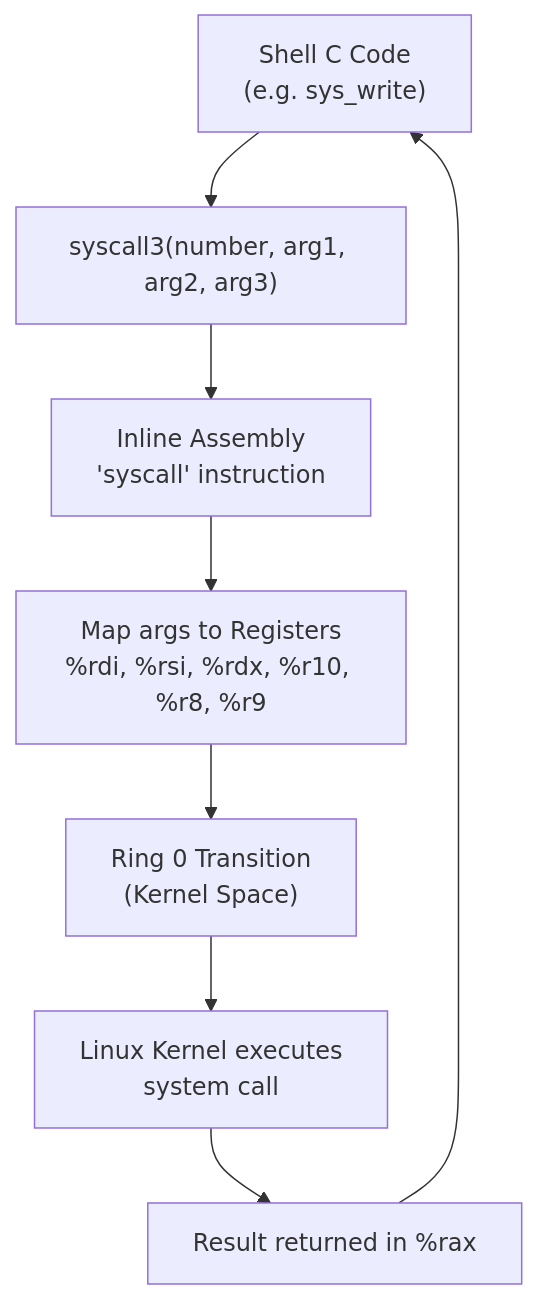
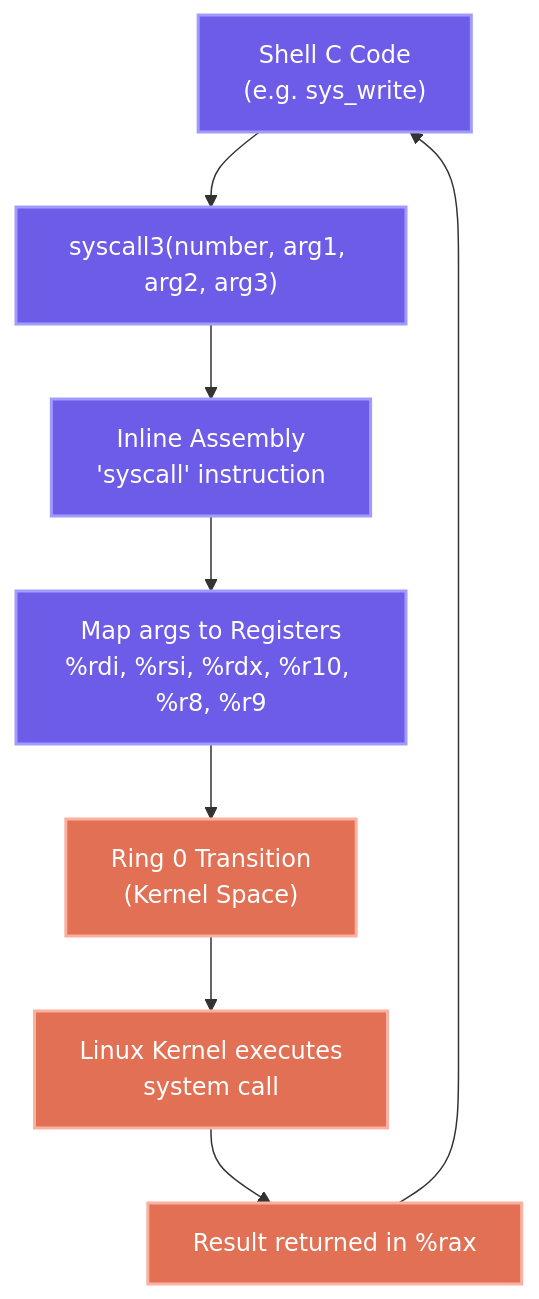
Before and after one commit to Rohitbansaldeveloper/Linux-POSIX-Shell-Implementation-Using-System-Calls-in-C: the second of 9 diagrams in README.md, drawn with Mermaid. The commit also changed other lines of this file, not shown here.

Commit message:
docs: improve flow diagrams with colors and formatting

````diff
--- a/README.md
+++ b/README.md
@@ -56,10 +61,13 @@
-  ```mermaid
-  flowchart TD
-      UserCode["Shell C Code<br>(e.g. sys_write)"] --> SyscallFunc["syscall3(number, arg1, arg2, arg3)"]
-      SyscallFunc --> Assembly["Inline Assembly<br>'syscall' instruction"]
-      Assembly --> RegisterMap["Map args to Registers<br>%rdi, %rsi, %rdx, %r10, %r8, %r9"]
-      RegisterMap --> KernelTrap["Ring 0 Transition<br>(Kernel Space)"]
-      KernelTrap --> KernelExecute["Linux Kernel executes<br>system call"]
-      KernelExecute --> ReturnRegister["Result returned in %rax"]
-      ReturnRegister --> UserCode
-  ```
+```mermaid
+flowchart TD
+    classDef code fill:#6c5ce7,stroke:#a29bfe,stroke-width:2px,color:#fff;
+    classDef kernel fill:#e17055,stroke:#fab1a0,stroke-width:2px,color:#fff;
+
+    UserCode["Shell C Code<br/>(e.g. sys_write)"]:::code --> SyscallFunc["syscall3(number, arg1, arg2, arg3)"]:::code
+    SyscallFunc --> Assembly["Inline Assembly<br/>'syscall' instruction"]:::code
+    Assembly --> RegisterMap["Map args to Registers<br/>%rdi, %rsi, %rdx, %r10, %r8, %r9"]:::code
+    RegisterMap --> KernelTrap["Ring 0 Transition<br/>(Kernel Space)"]:::kernel
+    KernelTrap --> KernelExecute["Linux Kernel executes<br/>system call"]:::kernel
+    KernelExecute --> ReturnRegister["Result returned in %rax"]:::kernel
+    ReturnRegister --> UserCode
+```
````
